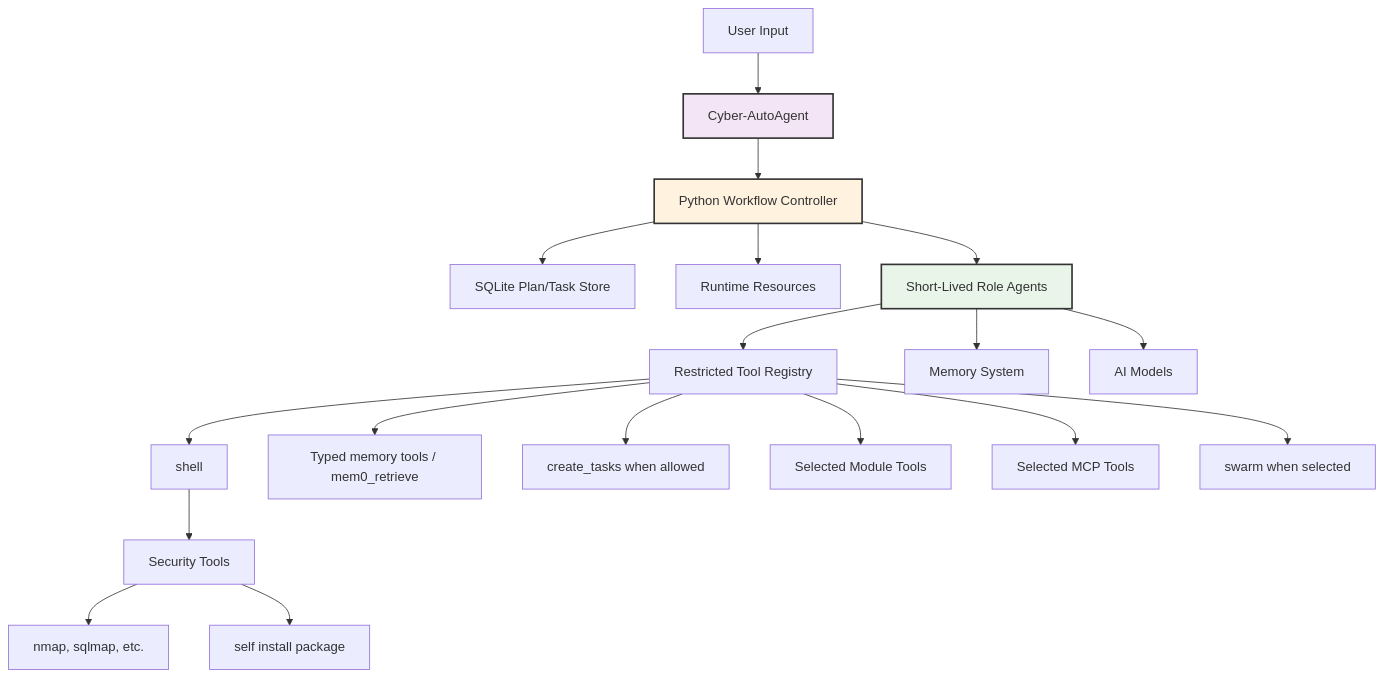
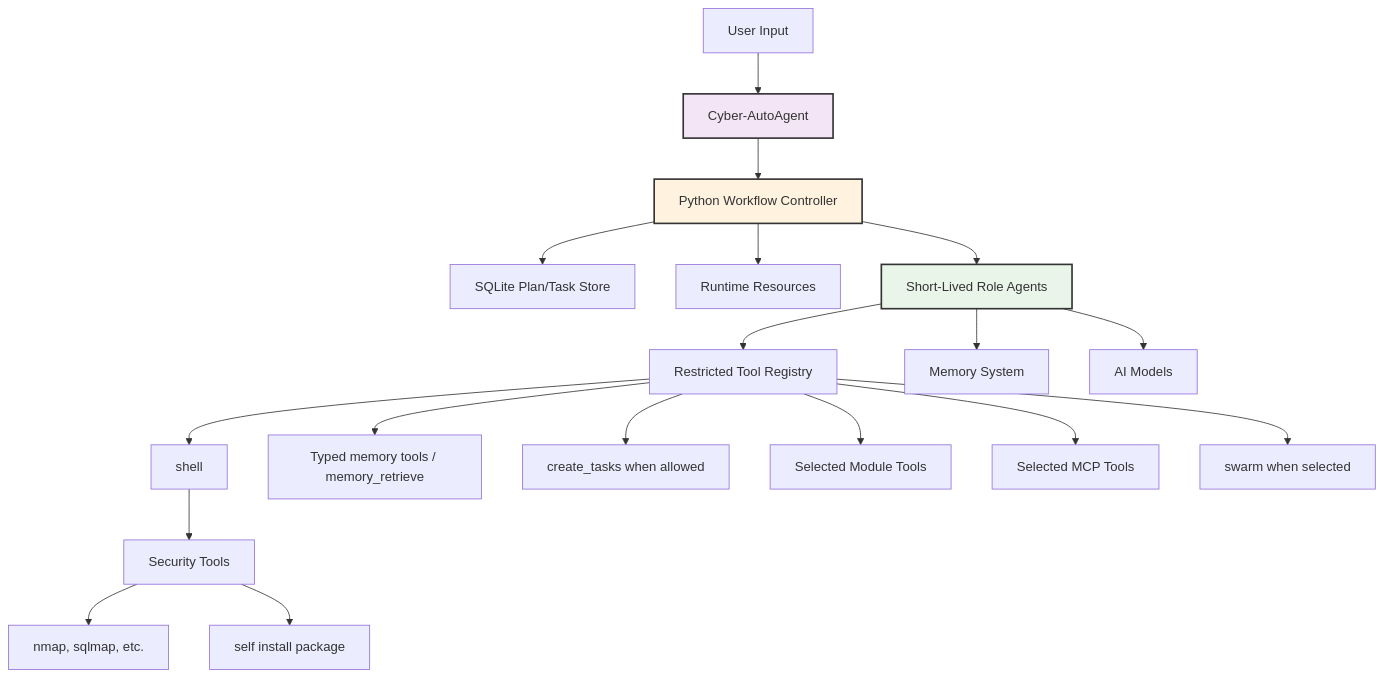
The second of 7 diagrams in docs/architecture.md (double16/Cyber-AutoAgent-ng), drawn with Mermaid before and after one commit. The commit also changed other lines of this file and 118 other files, not shown here.

````diff
--- a/docs/architecture.md
+++ b/docs/architecture.md
@@ -68,26 +68,26 @@
 ```mermaid
 graph TB
     A[User Input] --> B[Cyber-AutoAgent]
     B --> C[Python Workflow Controller]
     C --> D[SQLite Plan/Task Store]
     C --> E[Runtime Resources]
     C --> F[Short-Lived Role Agents]
     F --> G[Restricted Tool Registry]
     F --> H[Memory System]
     F --> I[AI Models]
     
     G --> J[shell]
-    G --> K[Typed memory tools / mem0_retrieve]
+    G --> K[Typed memory tools / memory_retrieve]
     G --> L[create_tasks when allowed]
     G --> M[Selected Module Tools]
     G --> N[Selected MCP Tools]
     G --> O[swarm when selected]
     
     J --> P[Security Tools]
     P --> Q[nmap, sqlmap, etc.]
     P --> R[self install package]
  
     style B fill:#f3e5f5,stroke:#333,stroke-width:2px
     style C fill:#fff3e0,stroke:#333,stroke-width:2px
     style F fill:#e8f5e8,stroke:#333,stroke-width:2px
 ```
````
